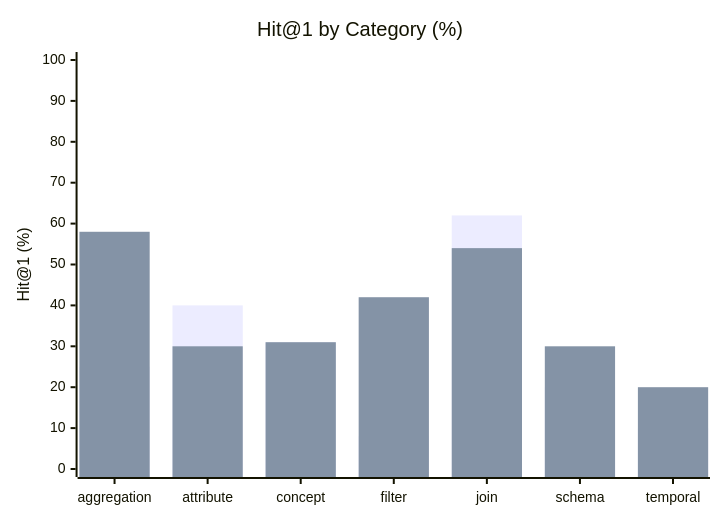
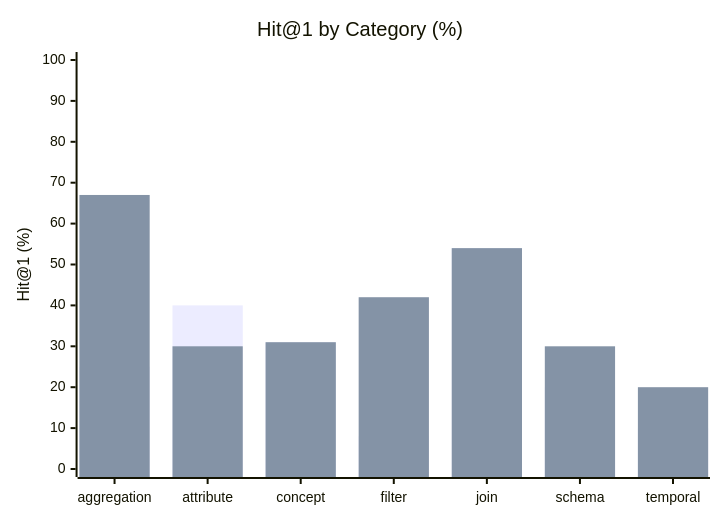
The diagram in lib/tests/benchmarks/FINANCE_DISCOVERY_RESULTS.md (megagonlabs/blue-data), drawn with Mermaid before and after one commit. The commit also changed other lines of this file and 15 other files, not shown here.

````diff
--- a/lib/tests/benchmarks/FINANCE_DISCOVERY_RESULTS.md
+++ b/lib/tests/benchmarks/FINANCE_DISCOVERY_RESULTS.md
@@ -36,8 +36,8 @@
 ```mermaid
 xychart-beta
     title "Hit@1 by Category (%)"
     x-axis ["aggregation", "attribute", "concept", "filter", "join", "schema", "temporal"]
     y-axis "Hit@1 (%)" 0 --> 100
-    bar [25, 40, 31, 8, 62, 20, 10]
-    bar [58, 30, 31, 42, 54, 30, 20]
+    bar [25, 40, 31, 8, 54, 20, 10]
+    bar [67, 30, 31, 42, 54, 30, 20]
 ```
````
